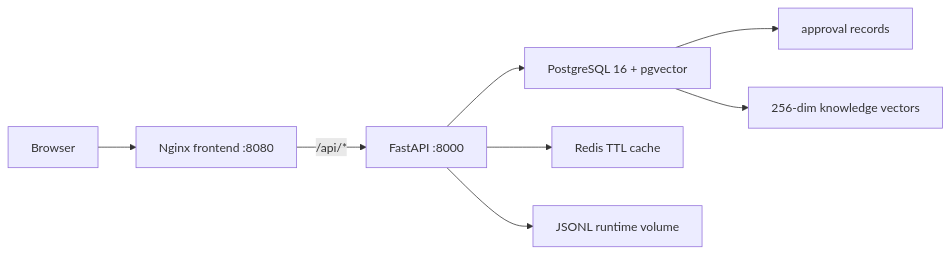
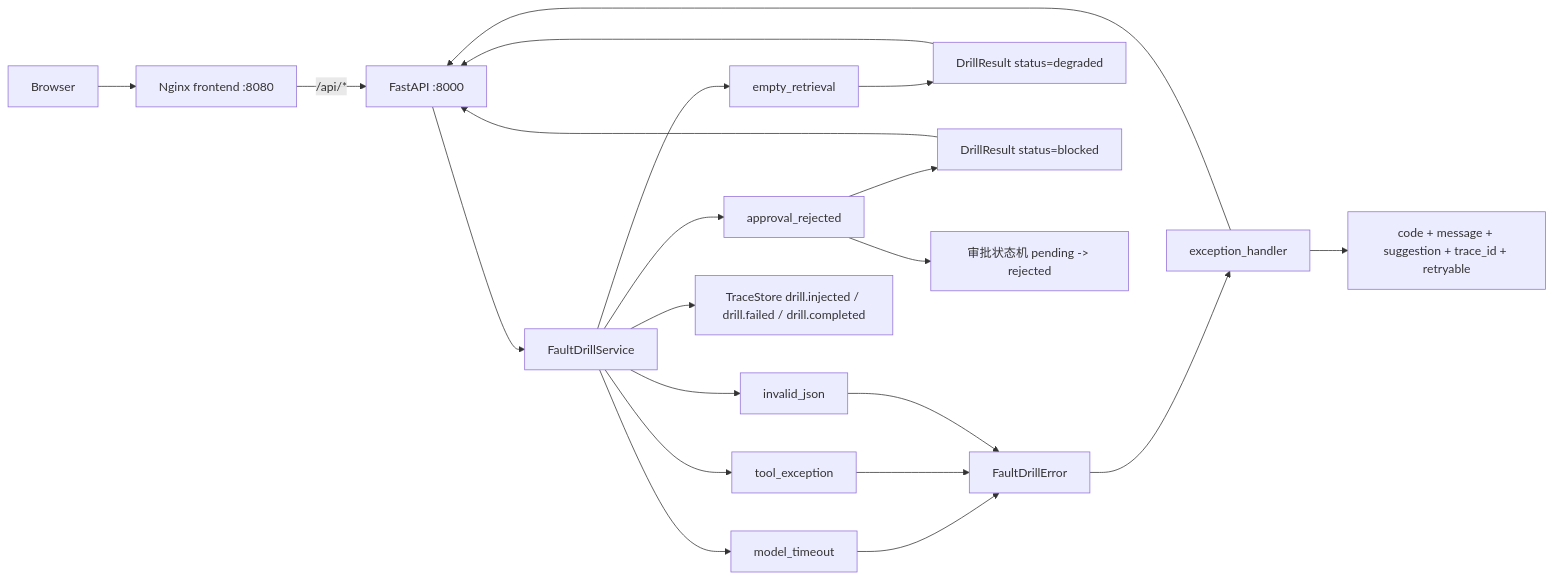
Before and after one commit to liancheng2020/agent-learning: the diagram in agent-0827/ARCHITECTURE.md, drawn with Mermaid. The commit also changed other lines of this file and 6 other files, not shown here.

First line of the commit message:
docs: rewrite day-specific INTERVIEW/ARCHITECTURE for 0826-0829

````diff
--- a/agent-0827/ARCHITECTURE.md
+++ b/agent-0827/ARCHITECTURE.md
@@ -3,10 +3,23 @@
 ```mermaid
 flowchart LR
     Browser["Browser"] --> Frontend["Nginx frontend :8080"]
     Frontend -->|/api/*| API["FastAPI :8000"]
-    API --> Postgres["PostgreSQL 16 + pgvector"]
-    API --> Redis["Redis TTL cache"]
-    API --> Trace["JSONL runtime volume"]
-    Postgres --> Approval["approval records"]
-    Postgres --> Vector["256-dim knowledge vectors"]
+    API --> Drills["FaultDrillService"]
+    Drills --> Timeout["model_timeout"]
+    Drills --> Tool["tool_exception"]
+    Drills --> Empty["empty_retrieval"]
+    Drills --> Json["invalid_json"]
+    Drills --> Rejected["approval_rejected"]
+    Timeout --> Fail["FaultDrillError"]
+    Tool --> Fail
+    Json --> Fail
+    Fail --> Handler["exception_handler"]
+    Handler --> Error["code + message + suggestion + trace_id + retryable"]
+    Empty --> Degraded["DrillResult status=degraded"]
+    Rejected --> Blocked["DrillResult status=blocked"]
+    Rejected --> Approval["审批状态机 pending -> rejected"]
+    Drills --> Trace["TraceStore drill.injected / drill.failed / drill.completed"]
+    Handler --> API
+    Degraded --> API
+    Blocked --> API
 ```
````
